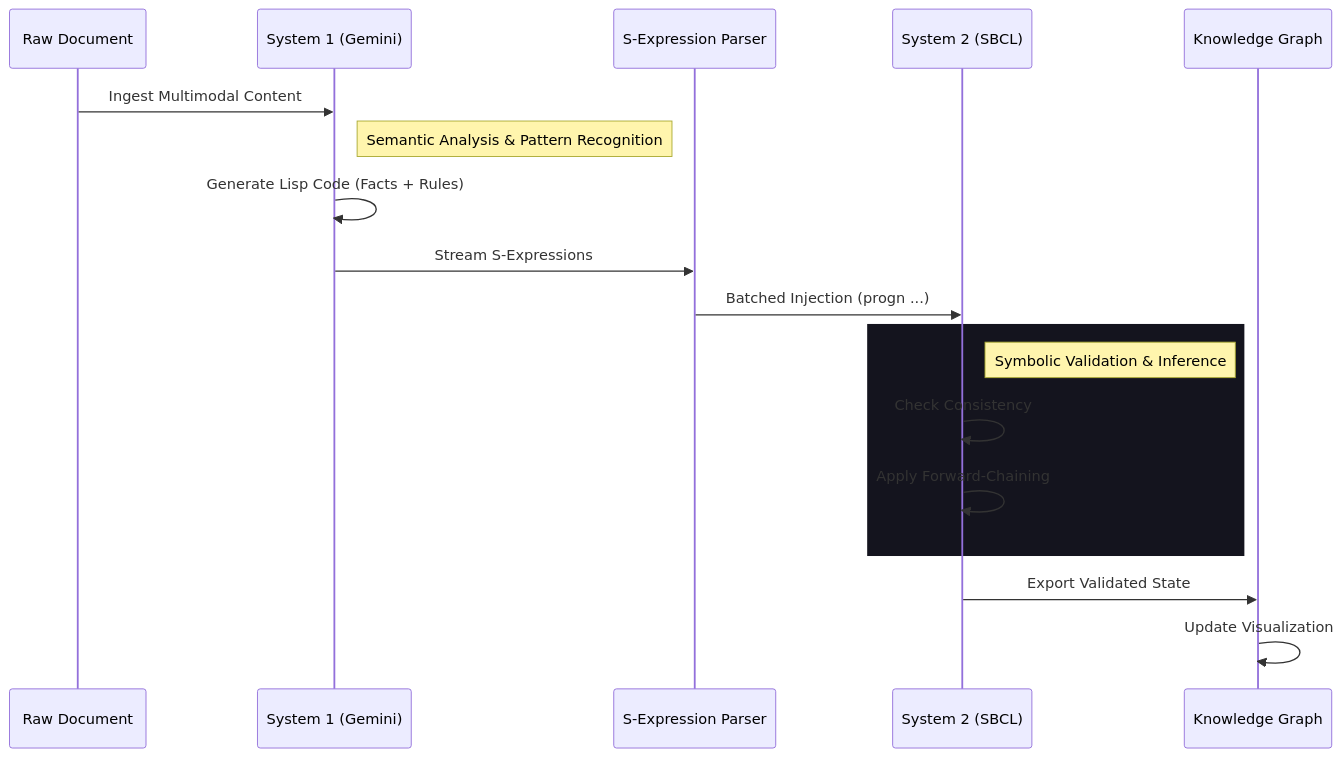
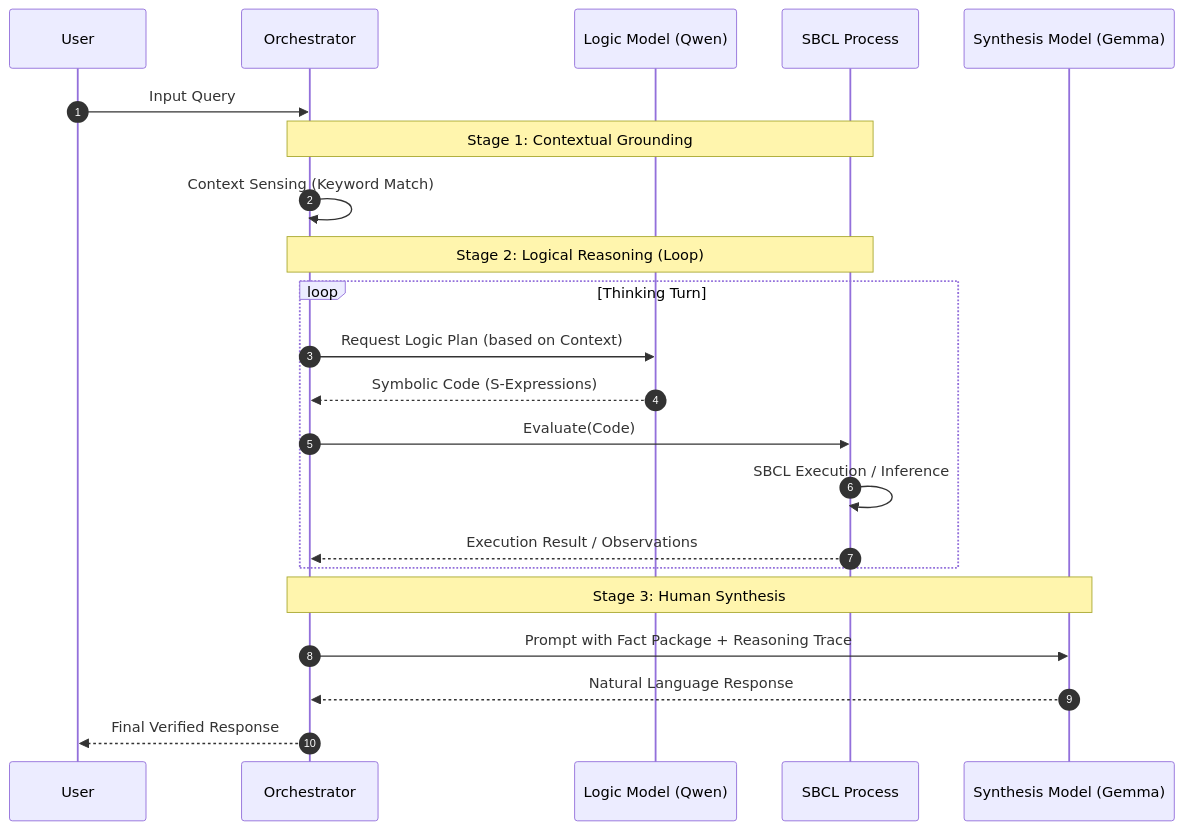
The fifth of 7 diagrams in README.md (spock74/dialectical-symbolic-ai), drawn with Mermaid before and after one commit. The commit also changed other lines of this file and 71 other files, not shown here.

````diff
--- a/README.md
+++ b/README.md
@@ -63,23 +168,28 @@
 ```mermaid
 sequenceDiagram
-    participant Doc as Raw Document
-    participant LLM as System 1 (Gemini)
-    participant Parser as S-Expression Parser
-    participant Kernel as System 2 (SBCL)
-    participant Graph as Knowledge Graph
+    autonumber
+    participant U as User
+    participant ORCH as Orchestrator
+    participant LM as Logic Model (Qwen)
+    participant SK as SBCL Process
+    participant SM as Synthesis Model (Gemma)
 
-    Doc->>LLM: Ingest Multimodal Content
-    Note right of LLM: Semantic Analysis & Pattern Recognition
-    LLM->>LLM: Generate Lisp Code (Facts + Rules)
-    LLM->>Parser: Stream S-Expressions
-    Parser->>Kernel: Batched Injection (progn ...)
+    U->>ORCH: Input Query
     
-    rect rgb(20, 20, 30)
-        Note right of Kernel: Symbolic Validation & Inference
-        Kernel->>Kernel: Check Consistency
-        Kernel->>Kernel: Apply Forward-Chaining
+    Note over ORCH, SK: Stage 1: Contextual Grounding
+    ORCH->>ORCH: Context Sensing (Keyword Match)
+    
+    Note over ORCH, SK: Stage 2: Logical Reasoning (Loop)
+    loop Thinking Turn
+        ORCH->>LM: Request Logic Plan (based on Context)
+        LM-->>ORCH: Symbolic Code (S-Expressions)
+        ORCH->>SK: Evaluate(Code)
+        SK->>SK: SBCL Execution / Inference
+        SK-->>ORCH: Execution Result / Observations
     end
-    
-    Kernel->>Graph: Export Validated State
-    Graph->>Graph: Update Visualization
+
+    Note over ORCH, SM: Stage 3: Human Synthesis
+    ORCH->>SM: Prompt with Fact Package + Reasoning Trace
+    SM-->>ORCH: Natural Language Response
+    ORCH-->>U: Final Verified Response
 ```
````
